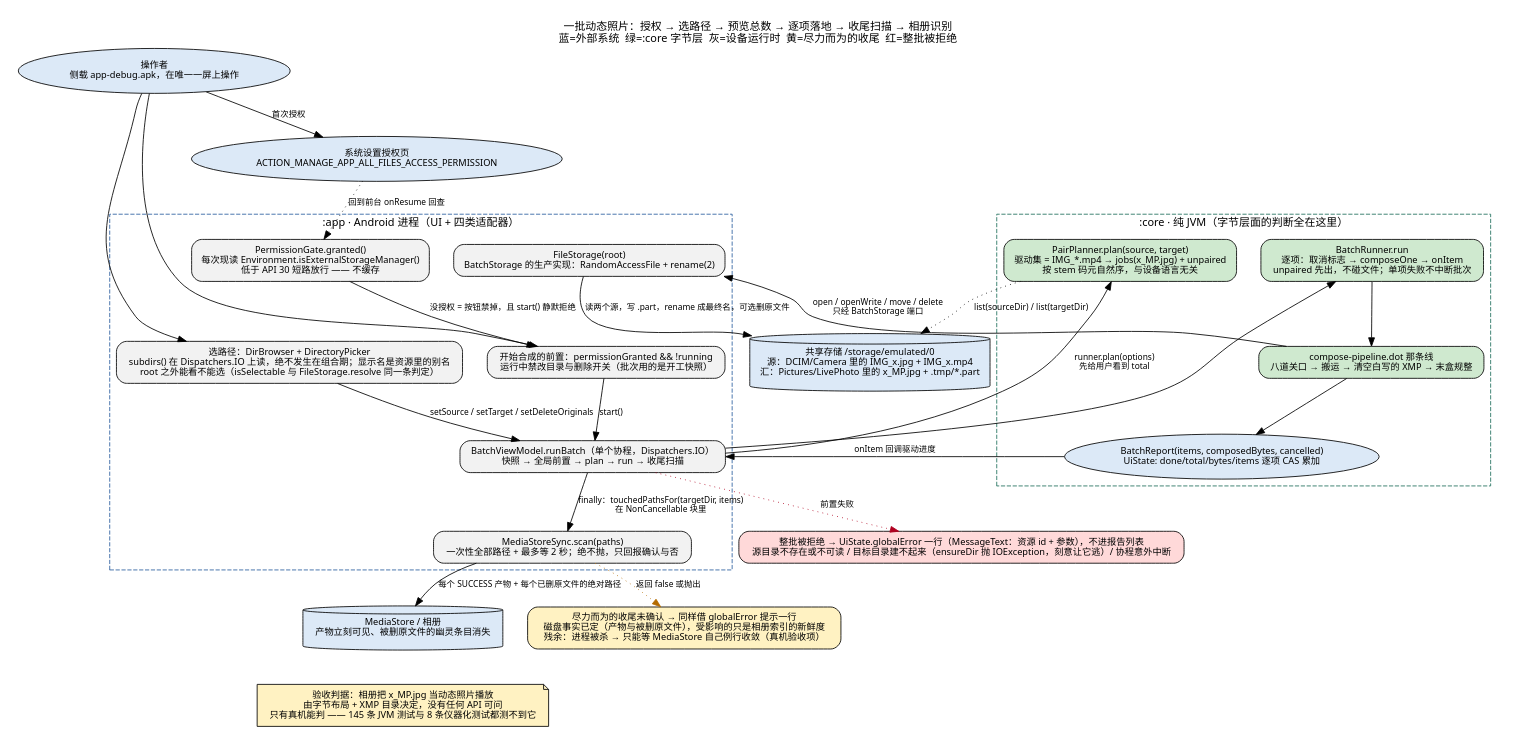
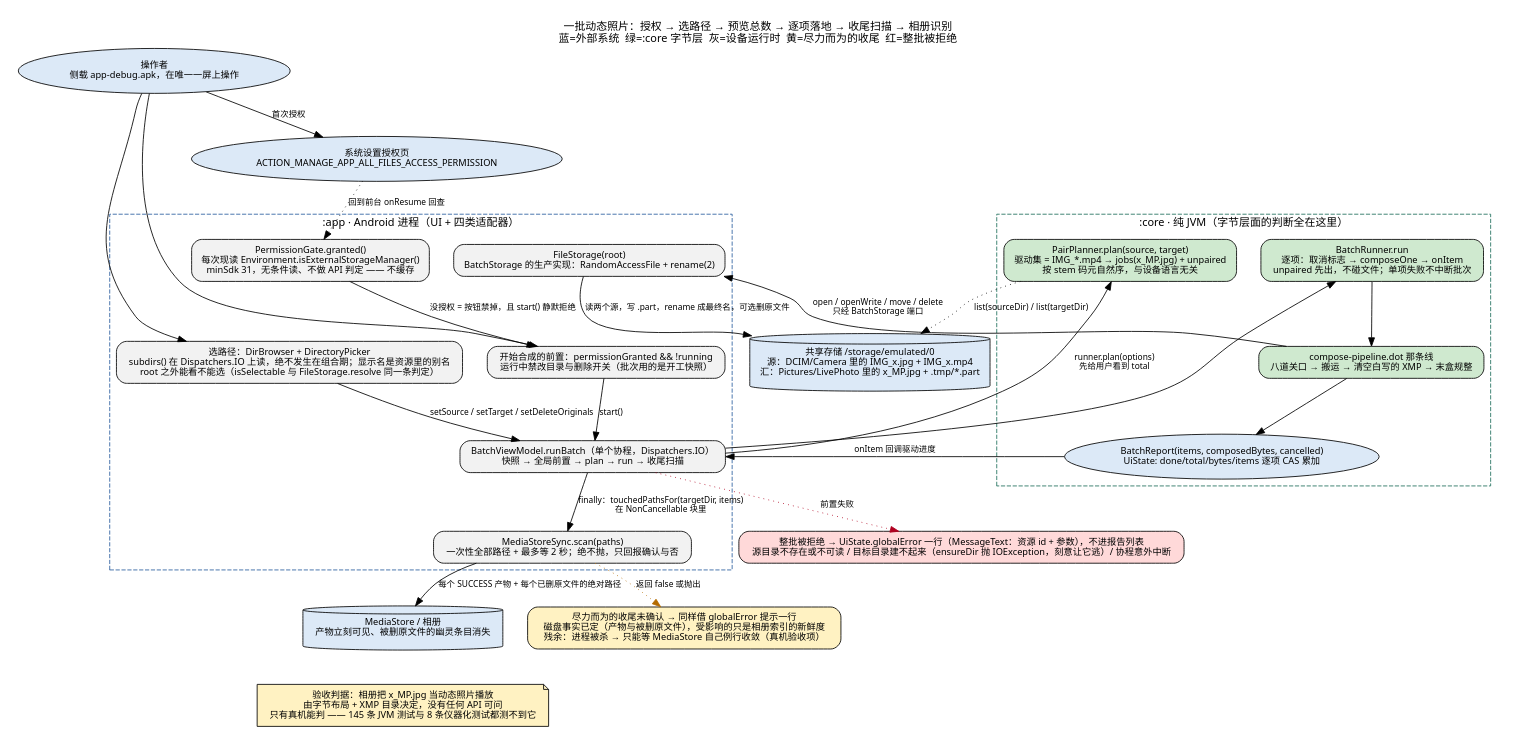
One commit to yaleiyale/live-photo-batch changed the diagram in docs/architecture/batch-flow.dot. Above: the diagram before and after it, drawn with Graphviz. The commit also changed 2 other files, not shown here.

Commit message:
docs: fix the stale API 30 label in batch-flow and record the haze artifact split in 5.20
The flow diagram still asserted the short-circuit that 3932803 deleted, so the perm
node lied in both the .dot and its generated .svg. The label now says what
PermissionGate.kt does (unconditional read under minSdk 31, still not cached) and the
svg was regenerated with docs/architecture/render-svg.mjs + @viz-js/viz 3.31.0 --
same 17 nodes / 19 edges / 1541x917pt canvas, only the one <text> line moved.

build.gradle.kts:60 points at 5.20 for the source/consumer artifact split, which 5.20
never recorded, so 5.20's cost paragraph gains that consequence instead of the pointer
being retargeted.

```diff
--- a/docs/architecture/batch-flow.dot
+++ b/docs/architecture/batch-flow.dot
@@ -1,72 +1,72 @@
 // 端到端一批：从侧载 APK 到相册能播（as-built @ 52d0621）
 // skill: flow-visualizer + graphviz   evidence: docs/architecture/system-model.evidence.md
 // 渲染：node render.mjs batch-flow.dot batch-flow.svg   （或 dot -Tsvg batch-flow.dot -o batch-flow.svg）
 // 读法：自上而下 = 时间顺序；虚线 = 只在失败/取消时走；黄色 = 磁盘事实已定、只是索引新鲜度
 digraph batch_end_to_end {
     graph [
         rankdir=TB,
         fontname="Segoe UI",
         label="一批动态照片：授权 → 选路径 → 预览总数 → 逐项落地 → 收尾扫描 → 相册识别\n蓝=外部系统  绿=:core 字节层  灰=设备运行时  黄=尽力而为的收尾  红=整批被拒绝",
         labelloc=t,
         fontsize=13,
         nodesep=0.4,
         ranksep=0.55,
         pad="0.2"
     ];
     node [fontname="Segoe UI", shape=box, style="rounded,filled", fontsize=11, fillcolor="#f2f2f2", margin="0.16,0.10"];
     edge [fontname="Segoe UI", fontsize=10];
 
     op [label="操作者\n侧载 app-debug.apk，在唯一一屏上操作", shape=ellipse, fillcolor="#dce9f7"];
     grant [label="系统设置授权页\nACTION_MANAGE_APP_ALL_FILES_ACCESS_PERMISSION", shape=ellipse, fillcolor="#dce9f7"];
     store [label="共享存储 /storage/emulated/0\n源：DCIM/Camera 里的 IMG_x.jpg + IMG_x.mp4\n汇：Pictures/LivePhoto 里的 x_MP.jpg + .tmp/*.part", shape=cylinder, fillcolor="#dce9f7"];
     album [label="MediaStore / 相册\n产物立刻可见、被删原文件的幽灵条目消失", shape=cylinder, fillcolor="#dce9f7"];
 
     subgraph cluster_app {
         label=":app · Android 进程（UI + 四类适配器）";
         style=dashed;
         color="#2a5d9f";
         fontname="Segoe UI";
-        perm [label="PermissionGate.granted()\n每次现读 Environment.isExternalStorageManager()\n低于 API 30 短路放行 —— 不缓存"];
+        perm [label="PermissionGate.granted()\n每次现读 Environment.isExternalStorageManager()\nminSdk 31，无条件读、不做 API 判定 —— 不缓存"];
         pick [label="选路径：DirBrowser + DirectoryPicker\nsubdirs() 在 Dispatchers.IO 上读，绝不发生在组合期；显示名是资源里的别名\nroot 之外能看不能选（isSelectable 与 FileStorage.resolve 同一条判定）"];
         startGate [label="开始合成的前置：permissionGranted && !running\n运行中禁改目录与删除开关（批次用的是开工快照）"];
         vm [label="BatchViewModel.runBatch（单个协程，Dispatchers.IO）\n快照 → 全局前置 → plan → run → 收尾扫描"];
         fs [label="FileStorage(root)\nBatchStorage 的生产实现：RandomAccessFile + rename(2)"];
         scan [label="MediaStoreSync.scan(paths)\n一次性全部路径 + 最多等 2 秒；绝不抛，只回报确认与否"];
     }
 
     subgraph cluster_core {
         label=":core · 纯 JVM（字节层面的判断全在这里）";
         style=dashed;
         color="#1f6f5c";
         fontname="Segoe UI";
         plan [label="PairPlanner.plan(source, target)\n驱动集 = IMG_*.mp4 → jobs(x_MP.jpg) + unpaired\n按 stem 码元自然序，与设备语言无关", fillcolor="#cfe9cf"];
         loop [label="BatchRunner.run\n逐项：取消标志 → composeOne → onItem\nunpaired 先出，不碰文件；单项失败不中断批次", fillcolor="#cfe9cf"];
         compose [label="compose-pipeline.dot 那条线\n八道关口 → 搬运 → 清空白写的 XMP → 末盒规整", fillcolor="#cfe9cf"];
         report [label="BatchReport(items, composedBytes, cancelled)\nUiState: done/total/bytes/items 逐项 CAS 累加", shape=ellipse, fillcolor="#dce9f7"];
     }
 
     globalErr [label="整批被拒绝 → UiState.globalError 一行（MessageText：资源 id + 参数），不进报告列表\n源目录不存在或不可读 / 目标目录建不起来（ensureDir 抛 IOException，刻意让它逃）/ 协程意外中断", fillcolor="#ffd9d9"];
     hint [label="尽力而为的收尾未确认 → 同样借 globalError 提示一行\n磁盘事实已定（产物与被删原文件），受影响的只是相册索引的新鲜度\n残余：进程被杀 → 只能等 MediaStore 自己例行收敛（真机验收项）", fillcolor="#fff2c2"];
     truth [label="验收判据：相册把 x_MP.jpg 当动态照片播放\n由字节布局 + XMP 目录决定，没有任何 API 可问\n只有真机能判 —— 145 条 JVM 测试与 8 条仪器化测试都测不到它", shape=note, fillcolor="#fff2c2"];
 
     op -> grant [label="首次授权"];
     grant -> perm [label="回到前台 onResume 回查", style=dotted];
     op -> pick
     op -> startGate
     perm -> startGate [label="没授权 = 按钮禁掉，且 start() 静默拒绝"]
     pick -> vm [label="setSource / setTarget / setDeleteOriginals"]
     startGate -> vm [label="start()"]
     vm -> plan [label="runner.plan(options)\n先给用户看到 total"]
     plan -> store [label="list(sourceDir) / list(targetDir)", style=dotted]
     vm -> loop
     loop -> compose
     compose -> fs [label="open / openWrite / move / delete\n只经 BatchStorage 端口"]
     fs -> store [label="读两个源，写 .part，rename 成最终名，可选删原文件"]
     compose -> report
     report -> vm [label="onItem 回调驱动进度"]
     vm -> scan [label="finally：touchedPathsFor(targetDir, items)\n在 NonCancellable 块里"]
     scan -> album [label="每个 SUCCESS 产物 + 每个已删原文件的绝对路径"]
     album -> truth [style=invis];
     vm -> globalErr [style=dotted, label="前置失败", color="#b00020"];
     scan -> hint [style=dotted, label="返回 false 或抛出", color="#b36b00"];
 }
```
